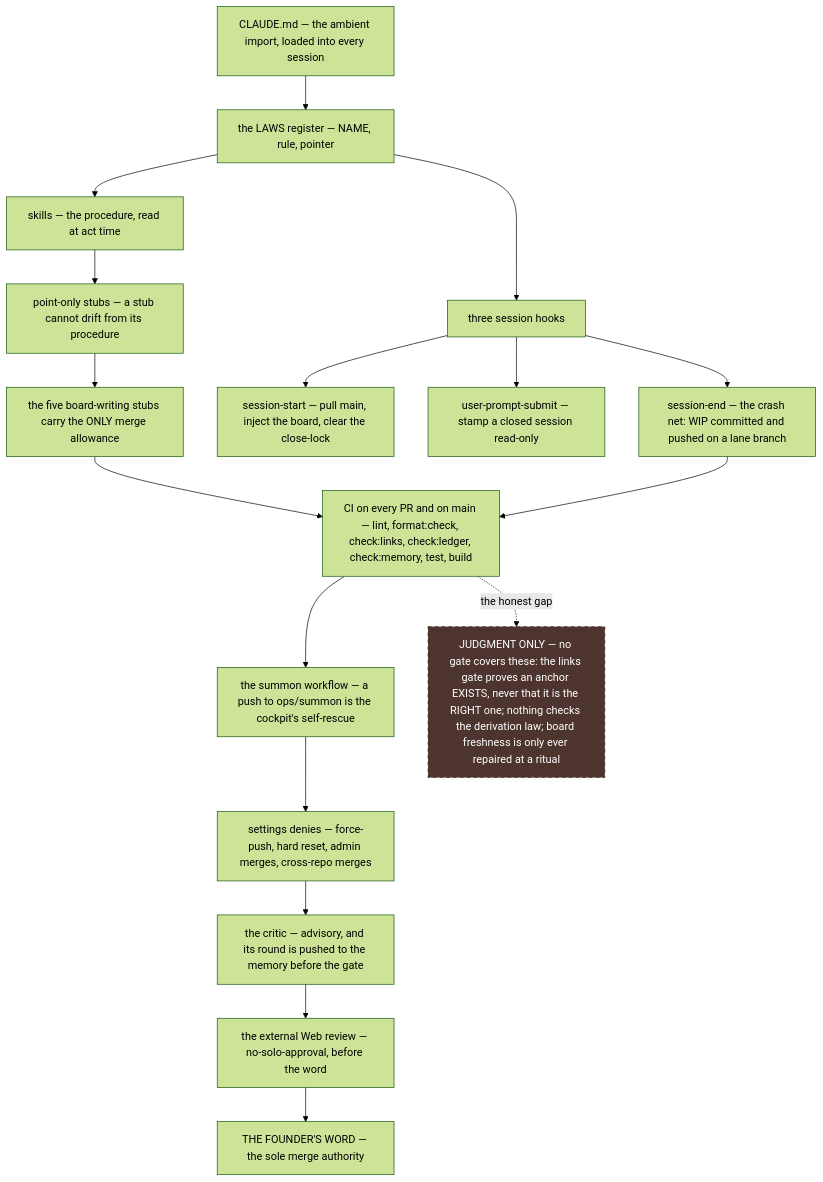
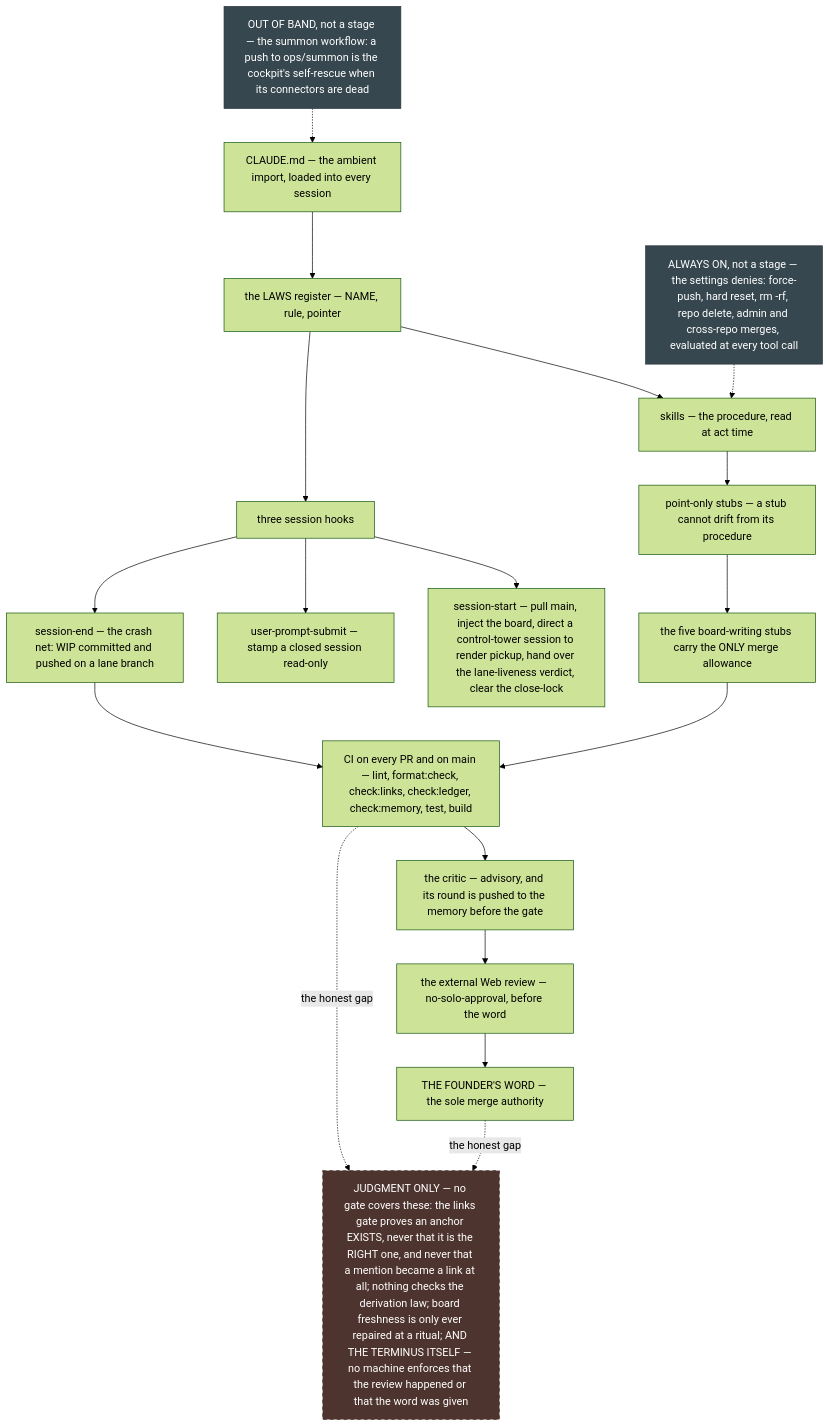
Before and after one commit to wsher0901/roam: the seventh of 7 diagrams in docs/ATLAS.md, drawn with Mermaid (forest theme). The commit also changed other lines of this file and 4 other files, not shown here.

First line of the commit message:
docs: critic round — the drawing was wrong about itself, twice

````diff
--- a/docs/ATLAS.md
+++ b/docs/ATLAS.md
@@ -225,22 +225,27 @@
 ```mermaid
 flowchart TD
   IMP["CLAUDE.md — the ambient import, loaded into every session"] --> REG["the LAWS register — NAME, rule, pointer"]
   REG --> SK["skills — the procedure, read at act time"]
   SK --> ST["point-only stubs — a stub cannot drift from its procedure"]
   ST --> MRG["the five board-writing stubs carry the ONLY merge allowance"]
   REG --> HK["three session hooks"]
-  HK --> H1["session-start — pull main, inject the board, clear the close-lock"]
+  HK --> H1["session-start — pull main, inject the board, direct a control-tower session to render pickup, hand over the lane-liveness verdict, clear the close-lock"]
   HK --> H2["user-prompt-submit — stamp a closed session read-only"]
   HK --> H3["session-end — the crash net: WIP committed and pushed on a lane branch"]
   MRG --> CI
   H3 --> CI["CI on every PR and on main — lint, format:check, check:links, check:ledger, check:memory, test, build"]
-  CI --> SUM["the summon workflow — a push to ops/summon is the cockpit's self-rescue"]
-  SUM --> DEN["settings denies — force-push, hard reset, admin merges, cross-repo merges"]
-  DEN --> CR["the critic — advisory, and its round is pushed to the memory before the gate"]
+  CI --> CR["the critic — advisory, and its round is pushed to the memory before the gate"]
   CR --> XR["the external Web review — no-solo-approval, before the word"]
   XR --> W["THE FOUNDER'S WORD — the sole merge authority"]
-  JUD["JUDGMENT ONLY — no gate covers these: the links gate proves an anchor EXISTS, never that it is the RIGHT one; nothing checks the derivation law; board freshness is only ever repaired at a ritual"]
+  DEN["ALWAYS ON, not a stage — the settings denies: force-push, hard reset, rm -rf, repo delete, admin and cross-repo merges, evaluated at every tool call"]
+  SUM["OUT OF BAND, not a stage — the summon workflow: a push to ops/summon is the cockpit's self-rescue when its connectors are dead"]
+  JUD["JUDGMENT ONLY — no gate covers these: the links gate proves an anchor EXISTS, never that it is the RIGHT one, and never that a mention became a link at all; nothing checks the derivation law; board freshness is only ever repaired at a ritual; AND THE TERMINUS ITSELF — no machine enforces that the review happened or that the word was given"]
+  DEN -.-> SK
+  SUM -.-> IMP
   CI -.->|"the honest gap"| JUD
+  W -.->|"the honest gap"| JUD
   classDef gap fill:#4e342e,stroke:#3e2723,color:#ffffff,stroke-dasharray: 5 5
+  classDef ambient fill:#37474f,stroke:#263238,color:#ffffff
   class JUD gap
+  class DEN,SUM ambient
 ```
````
